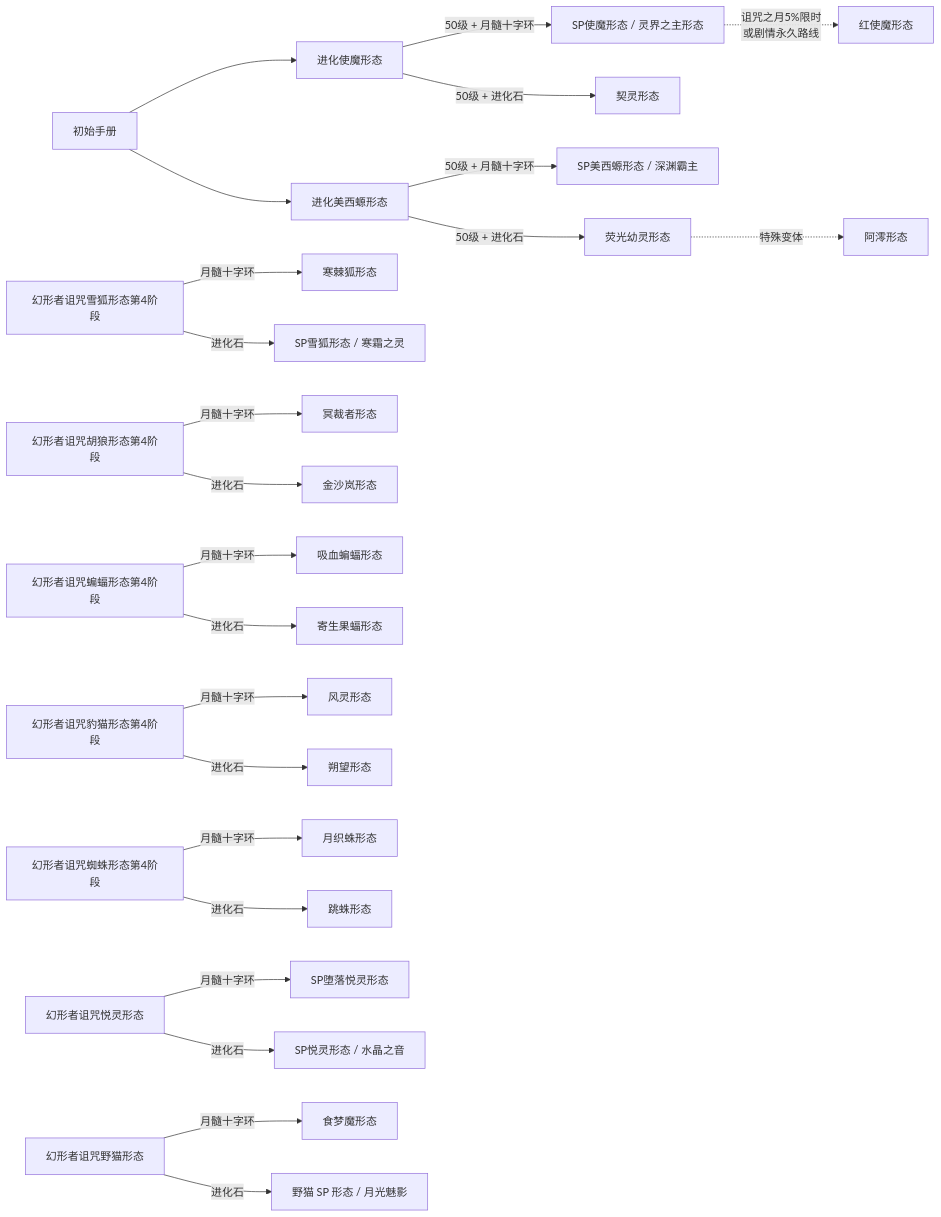
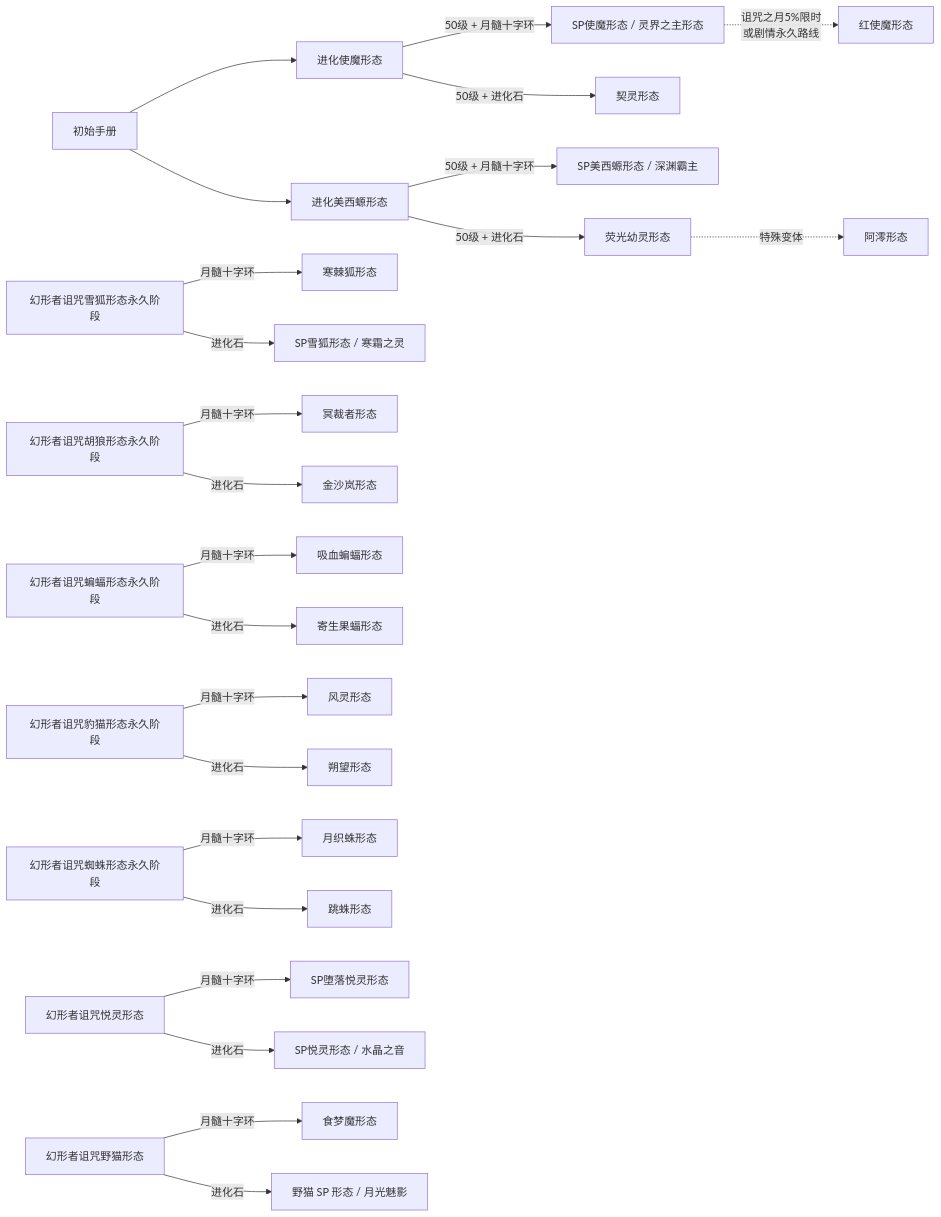
One commit to LynxCatTheThird/SSC-wiki changed the diagram in docs/addons/ssca/forms/overview.md. Above: the diagram before and after it, drawn with Mermaid. The commit also changed other lines of this file and 71 other files, not shown here.

````diff
--- a/docs/addons/ssca/forms/overview.md
+++ b/docs/addons/ssca/forms/overview.md
@@ -13,27 +13,27 @@
 ```mermaid
 flowchart LR
   BOOK["初始手册"] --> UF["进化使魔形态"]
   UF -->|"50级 + 月髓十字环"| FSP["SP使魔形态 / 灵界之主形态"]
   UF -->|"50级 + 进化石"| MAN["契灵形态"]
   FSP -. "诅咒之月5%限时<br/>或剧情永久路线" .-> RED["红使魔形态"]
 
   BOOK --> UA["进化美西螈形态"]
   UA -->|"50级 + 月髓十字环"| ASP["SP美西螈形态 / 深渊霸主"]
   UA -->|"50级 + 进化石"| FLU["荧光幼灵形态"]
   FLU -. "特殊变体" .-> ALING["阿澪形态"]
 
-  SNOW["幻形者诅咒雪狐形态第4阶段"] -->|"月髓十字环"| FROST["寒棘狐形态"]
+  SNOW["幻形者诅咒雪狐形态永久阶段"] -->|"月髓十字环"| FROST["寒棘狐形态"]
   SNOW -->|"进化石"| SSP["SP雪狐形态 / 寒霜之灵"]
-  ANU["幻形者诅咒胡狼形态第4阶段"] -->|"月髓十字环"| JUDGE["冥裁者形态"]
+  ANU["幻形者诅咒胡狼形态永久阶段"] -->|"月髓十字环"| JUDGE["冥裁者形态"]
   ANU -->|"进化石"| SAND["金沙岚形态"]
-  BAT["幻形者诅咒蝙蝠形态第4阶段"] -->|"月髓十字环"| VAMP["吸血蝙蝠形态"]
+  BAT["幻形者诅咒蝙蝠形态永久阶段"] -->|"月髓十字环"| VAMP["吸血蝙蝠形态"]
   BAT -->|"进化石"| FRUIT["寄生果蝠形态"]
-  OCE["幻形者诅咒豹猫形态第4阶段"] -->|"月髓十字环"| WIND["风灵形态"]
+  OCE["幻形者诅咒豹猫形态永久阶段"] -->|"月髓十字环"| WIND["风灵形态"]
   OCE -->|"进化石"| NOVA["朔望形态"]
-  SPI["幻形者诅咒蜘蛛形态第4阶段"] -->|"月髓十字环"| WEAVER["月织蛛形态"]
+  SPI["幻形者诅咒蜘蛛形态永久阶段"] -->|"月髓十字环"| WEAVER["月织蛛形态"]
   SPI -->|"进化石"| JUMP["跳蛛形态"]
   ALLAY["幻形者诅咒悦灵形态"] -->|"月髓十字环"| FALLEN["SP堕落悦灵形态"]
   ALLAY -->|"进化石"| ALLAYSP["SP悦灵形态 / 水晶之音"]
   CAT["幻形者诅咒野猫形态"] -->|"月髓十字环"| NIGHT["食梦魔形态"]
   CAT -->|"进化石"| CATSP["野猫 SP 形态 / 月光魅影"]
 ```
````
